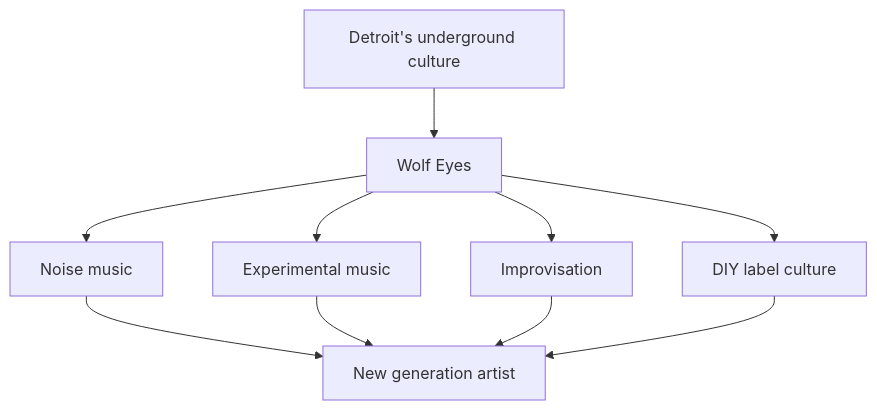
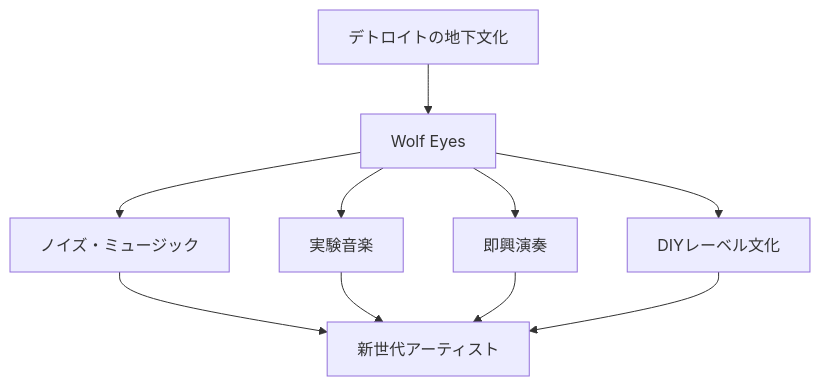
One commit to monumental-movement/monumental-movement.github.io changed the third of 6 diagrams in en/_posts/2026-07-13-column-wolf-eyes.md. Above: the diagram before and after it, drawn with Mermaid. The commit also changed other lines of this file and 2196 other files, not shown here.

```diff
--- a/en/_posts/2026-07-13-column-wolf-eyes.md
+++ b/en/_posts/2026-07-13-column-wolf-eyes.md
@@ -703,16 +702,16 @@
 <div class="mermaid">
 flowchart TD
 
-A["Detroit's underground culture"]
+A["デトロイトの地下文化"]
 --> B["Wolf Eyes"]
 
-B --> C["Noise music"]
-B --> D["Experimental music"]
-B --> E["Improvisation"]
-B --> F["DIY label culture"]
+B --> C["ノイズ・ミュージック"]
+B --> D["実験音楽"]
+B --> E["即興演奏"]
+B --> F["DIYレーベル文化"]
 
-C --> G["New generation artist"]
+C --> G["新世代アーティスト"]
 D --> G
 E --> G
 F --> G
 </div>
```
